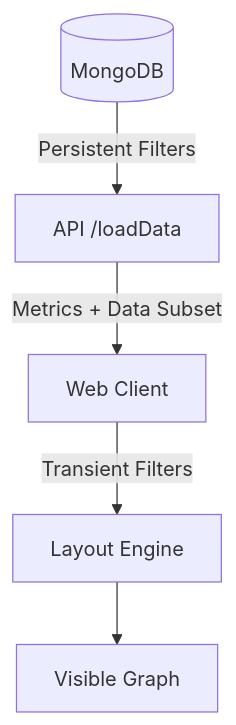
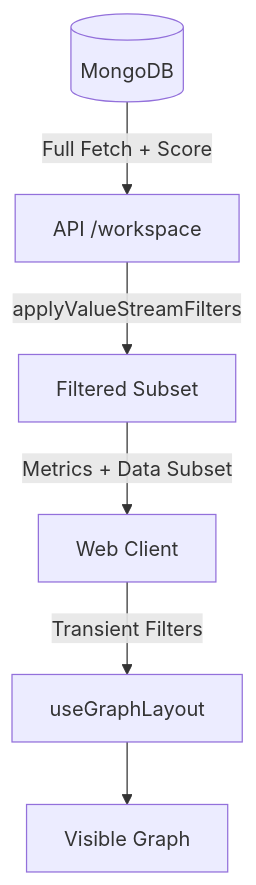
The diagram in doc/VALUESTREAMS.md (AlesKracik/ValueStream-DependencyTree), drawn with Mermaid before and after one commit. The commit also changed other lines of this file and 22 other files, not shown here.

````diff
--- a/doc/VALUESTREAMS.md
+++ b/doc/VALUESTREAMS.md
@@ -52,7 +56,8 @@
 ```mermaid
 graph TD
-    DB[(MongoDB)] -->|Persistent Filters| API[API /loadData]
-    API -->|Metrics + Data Subset| UI[Web Client]
-    UI -->|Transient Filters| Layout[Layout Engine]
+    DB[(MongoDB)] -->|Full Fetch + Score| API[API /workspace]
+    API -->|applyValueStreamFilters| Filtered[Filtered Subset]
+    Filtered -->|Metrics + Data Subset| UI[Web Client]
+    UI -->|Transient Filters| Layout[useGraphLayout]
     Layout --> Render[Visible Graph]
 ```
````
